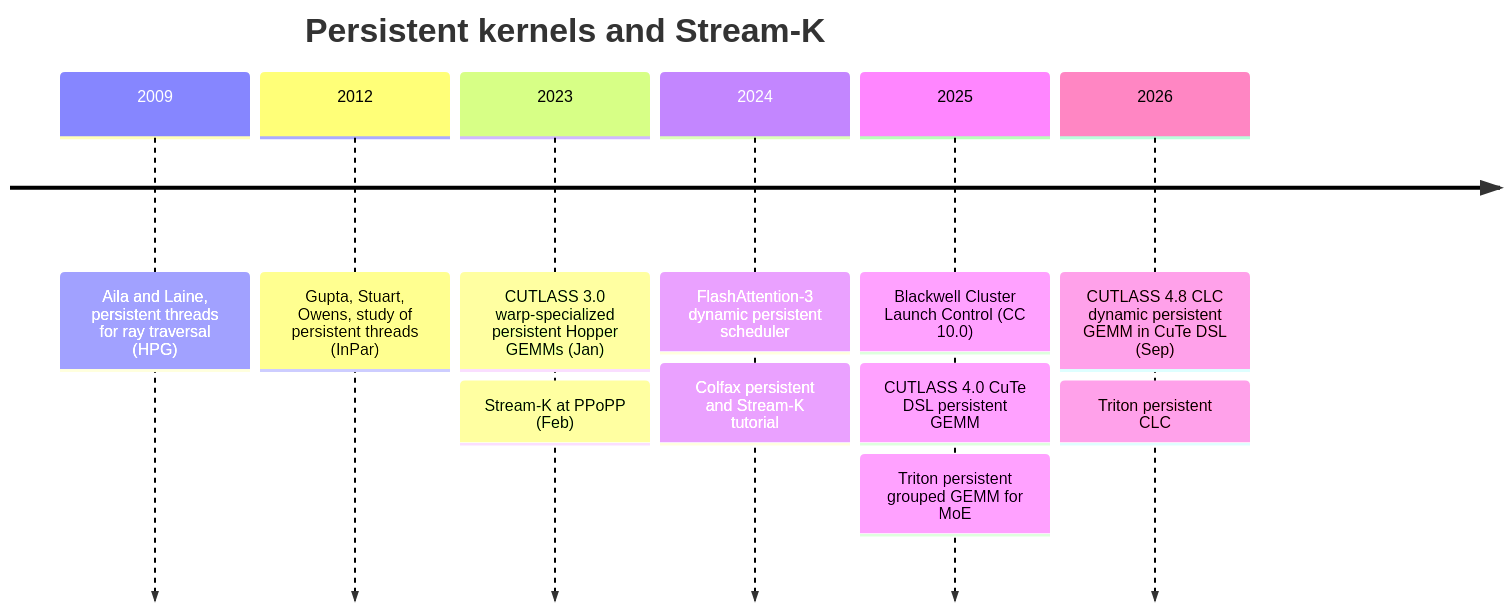
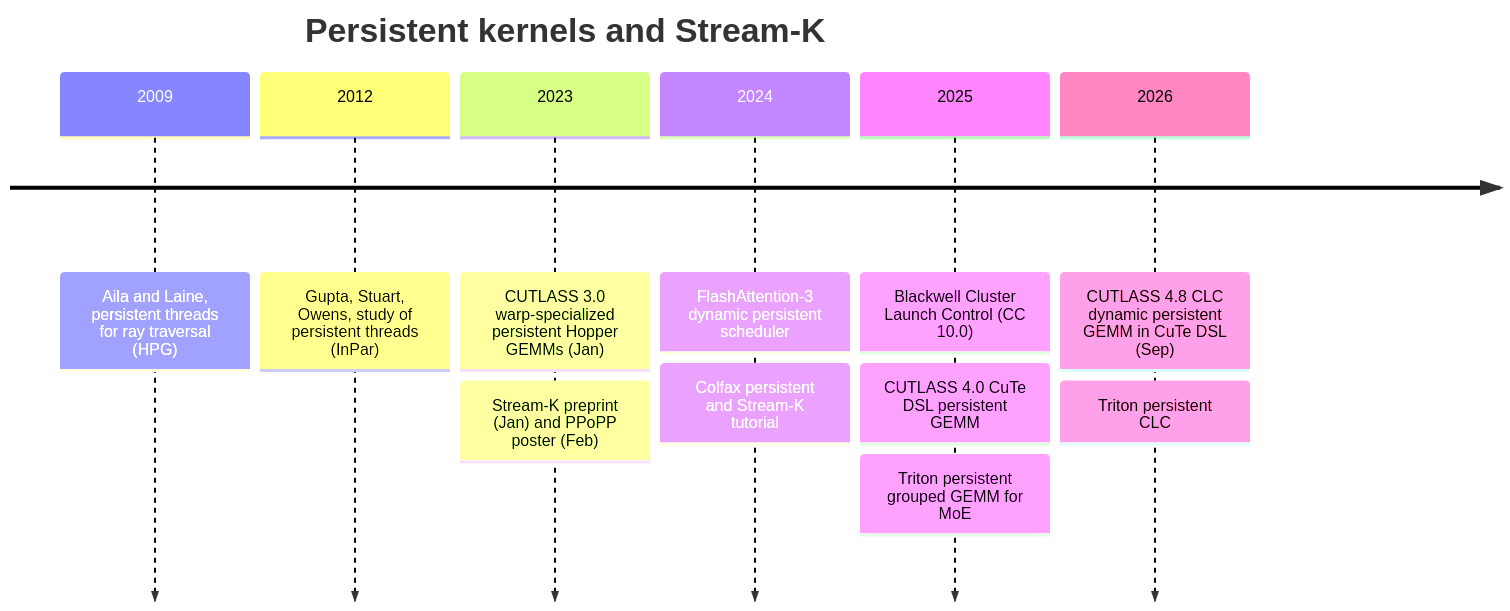
The second of 4 diagrams in GPU Programming/Kernels & Optimization/Persistent Kernels and Stream-K/Persistent Kernels and Stream-K.md (ImRuliad/Library-of-Alexandria), drawn with Mermaid before and after one commit. The commit also changed other lines of this file and 4 other files, not shown here.

````diff
--- a/GPU Programming/Kernels & Optimization/Persistent Kernels and Stream-K/Persistent Kernels and Stream-K.md
+++ b/GPU Programming/Kernels & Optimization/Persistent Kernels and Stream-K/Persistent Kernels and Stream-K.md
@@ -155,10 +158,10 @@
 ```mermaid
 timeline
     title Persistent kernels and Stream-K
     2009 : Aila and Laine, persistent threads for ray traversal (HPG)
     2012 : Gupta, Stuart, Owens, study of persistent threads (InPar)
-    2023 : CUTLASS 3.0 warp-specialized persistent Hopper GEMMs (Jan) : Stream-K at PPoPP (Feb)
+    2023 : CUTLASS 3.0 warp-specialized persistent Hopper GEMMs (Jan) : Stream-K preprint (Jan) and PPoPP poster (Feb)
     2024 : FlashAttention-3 dynamic persistent scheduler : Colfax persistent and Stream-K tutorial
     2025 : Blackwell Cluster Launch Control (CC 10.0) : CUTLASS 4.0 CuTe DSL persistent GEMM : Triton persistent grouped GEMM for MoE
     2026 : CUTLASS 4.8 CLC dynamic persistent GEMM in CuTe DSL (Sep) : Triton persistent CLC
 ```
````
